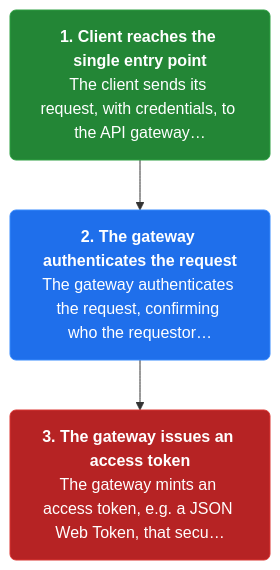
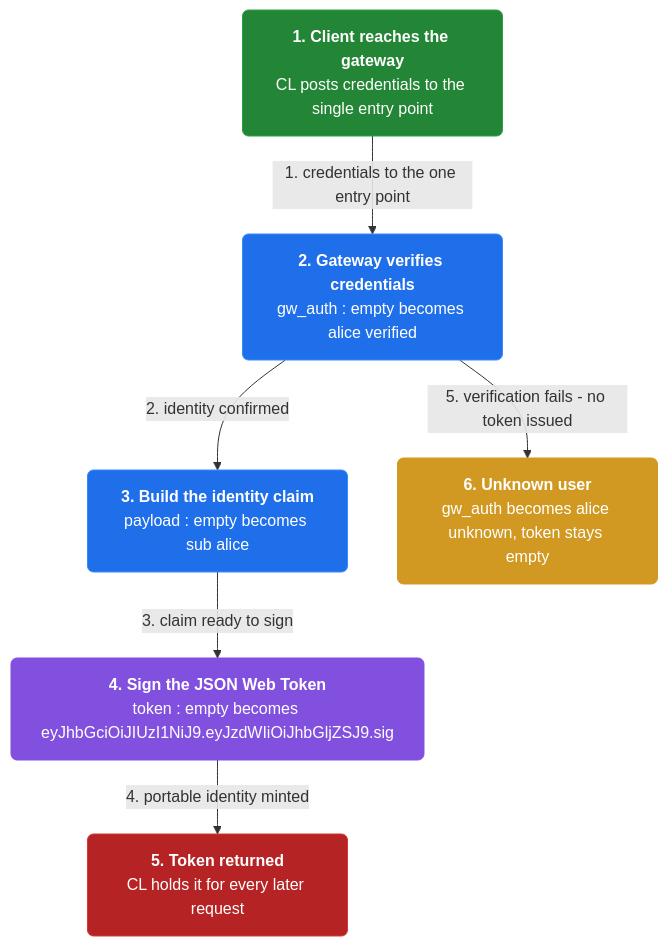
The first of 3 diagrams in docs/ch28-access-token.md (vinayakuber/microservices-io-study-guide), drawn with Mermaid before and after one commit. The commit also changed other lines of this file and 46 other files, not shown here.

First line of the commit message:
Author rich branching flow diagrams for all 44 chapters

````diff
--- a/docs/ch28-access-token.md
+++ b/docs/ch28-access-token.md
@@ -13,11 +13,19 @@
 ```mermaid
 flowchart TD
-  classDef step fill:#1f6feb,color:#ffffff,stroke:#388bfd,stroke-width:1px,rx:6
+  classDef step fill:#1f6feb,color:#ffffff,stroke:#388bfd,rx:6
+  classDef core fill:#8250df,color:#ffffff,stroke:#8250df,rx:6
+  classDef warn fill:#d29922,color:#ffffff,stroke:#d29922,rx:6
   classDef start fill:#238636,color:#ffffff,stroke:#2ea043,rx:6
   classDef stop fill:#b62324,color:#ffffff,stroke:#da3633,rx:6
-  s0n0["<b>1. Client reaches the single entry point</b><br/>The client sends its request, with credentials, to the API gateway…"]:::start
-  s0n1["<b>2. The gateway authenticates the request</b><br/>The gateway authenticates the request, confirming who the requestor…"]:::step
-  s0n2["<b>3. The gateway issues an access token</b><br/>The gateway mints an access token, e.g. a JSON Web Token, that secu…"]:::stop
-  s0n0 --> s0n1
-  s0n1 --> s0n2
+  n0["<b>1. Client reaches the gateway</b><br/>CL posts credentials to the single entry point"]:::start
+  n1["<b>2. Gateway verifies credentials</b><br/>gw_auth : empty becomes alice verified"]:::step
+  n2["<b>3. Build the identity claim</b><br/>payload : empty becomes sub alice"]:::step
+  n3["<b>4. Sign the JSON Web Token</b><br/>token : empty becomes eyJhbGciOiJIUzI1NiJ9.eyJzdWIiOiJhbGljZSJ9.sig"]:::core
+  n4["<b>5. Token returned</b><br/>CL holds it for every later request"]:::stop
+  n5["<b>6. Unknown user</b><br/>gw_auth becomes alice unknown, token stays empty"]:::warn
+  n0 -->|"1. credentials to the one entry point"| n1
+  n1 -->|"2. identity confirmed"| n2
+  n2 -->|"3. claim ready to sign"| n3
+  n3 -->|"4. portable identity minted"| n4
+  n1 -->|"5. verification fails - no token issued"| n5
 ```
````
